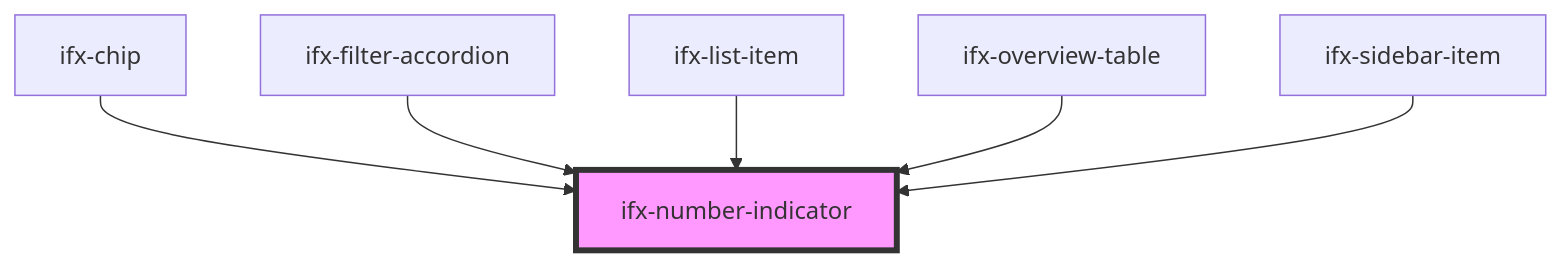
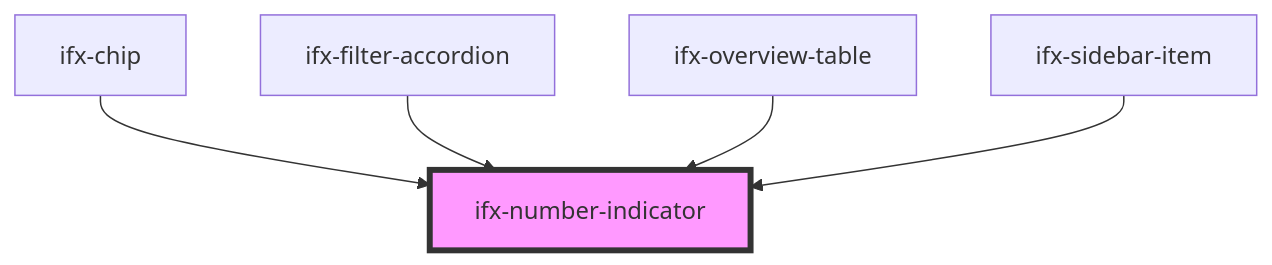
Before and after one commit to Infineon/infineon-design-system-stencil: the diagram in packages/components/src/components/number-indicator/readme.md, drawn with Mermaid. The commit also changed other lines of this file and 9 other files, not shown here.

````diff
--- a/packages/components/src/components/number-indicator/readme.md
+++ b/packages/components/src/components/number-indicator/readme.md
@@ -26,9 +25,8 @@
 ```mermaid
 graph TD;
   ifx-chip --> ifx-number-indicator
   ifx-filter-accordion --> ifx-number-indicator
-  ifx-list-item --> ifx-number-indicator
   ifx-overview-table --> ifx-number-indicator
   ifx-sidebar-item --> ifx-number-indicator
   style ifx-number-indicator fill:#f9f,stroke:#333,stroke-width:4px
 ```
````
